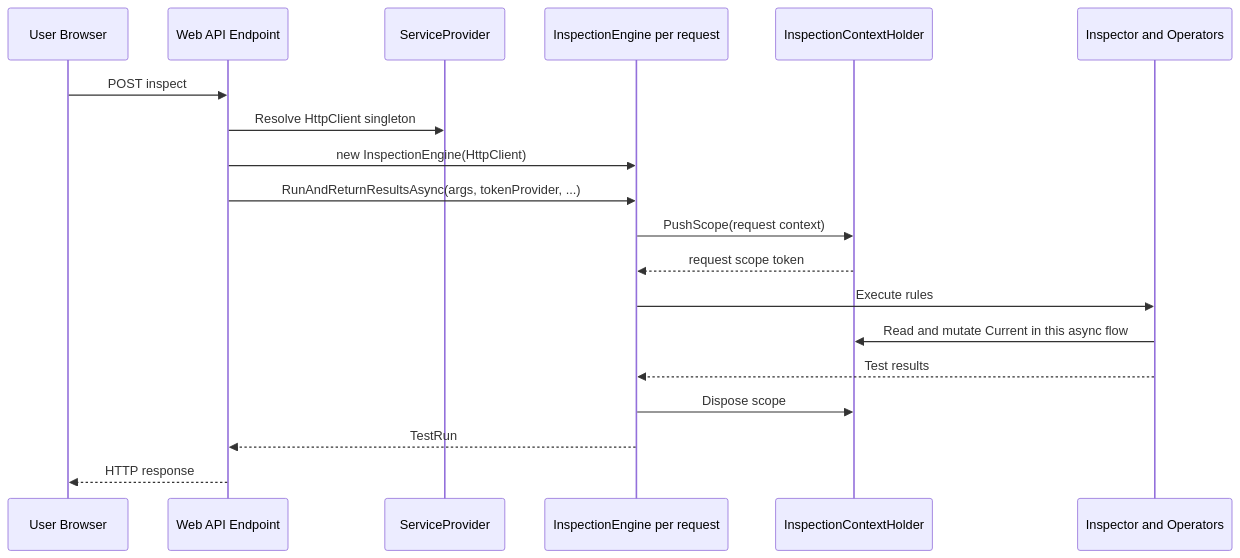
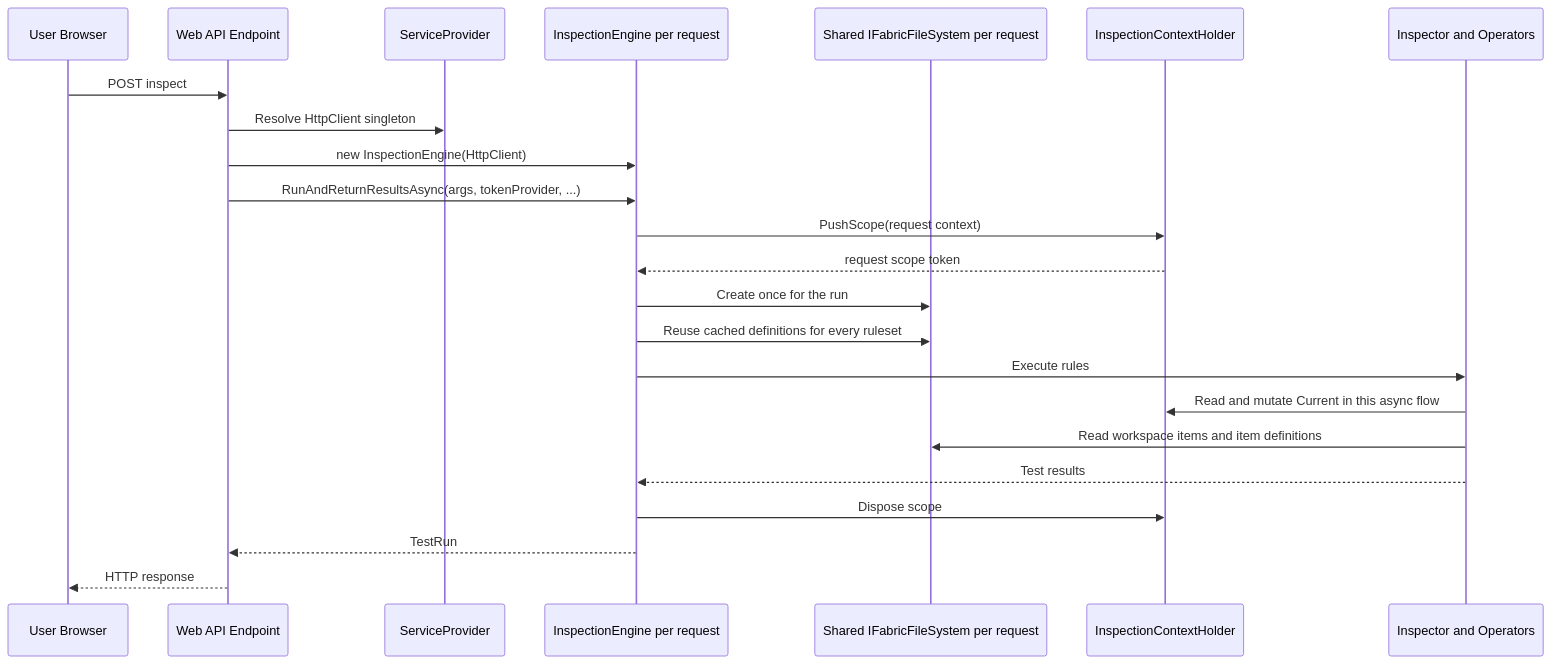
One commit to NatVanG/fab-inspector changed the fifth of 6 diagrams in FabInspector.Core/Architecture.md. Above: the diagram before and after it, drawn with Mermaid. The commit also changed other lines of this file and 11 other files, not shown here.

````diff
--- a/FabInspector.Core/Architecture.md
+++ b/FabInspector.Core/Architecture.md
@@ -182,25 +195,29 @@
 ```mermaid
 sequenceDiagram
     participant U as User Browser
     participant API as Web API Endpoint
     participant DI as ServiceProvider
     participant ENG as InspectionEngine per request
+    participant FS as Shared IFabricFileSystem per request
     participant H as InspectionContextHolder
     participant INS as Inspector and Operators
 
     U->>API: POST inspect
     API->>DI: Resolve HttpClient singleton
     API->>ENG: new InspectionEngine(HttpClient)
     API->>ENG: RunAndReturnResultsAsync(args, tokenProvider, ...)
 
     ENG->>H: PushScope(request context)
     H-->>ENG: request scope token
+    ENG->>FS: Create once for the run
+    ENG->>FS: Reuse cached definitions for every ruleset
 
     ENG->>INS: Execute rules
     INS->>H: Read and mutate Current in this async flow
+    INS->>FS: Read workspace items and item definitions
     INS-->>ENG: Test results
 
     ENG->>H: Dispose scope
     ENG-->>API: TestRun
     API-->>U: HTTP response
 ```
````
